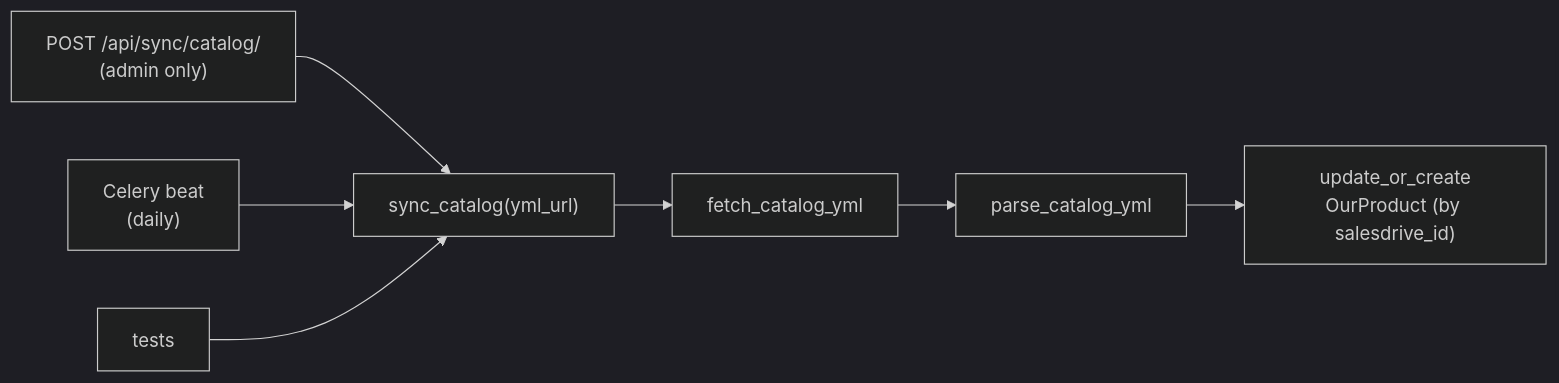
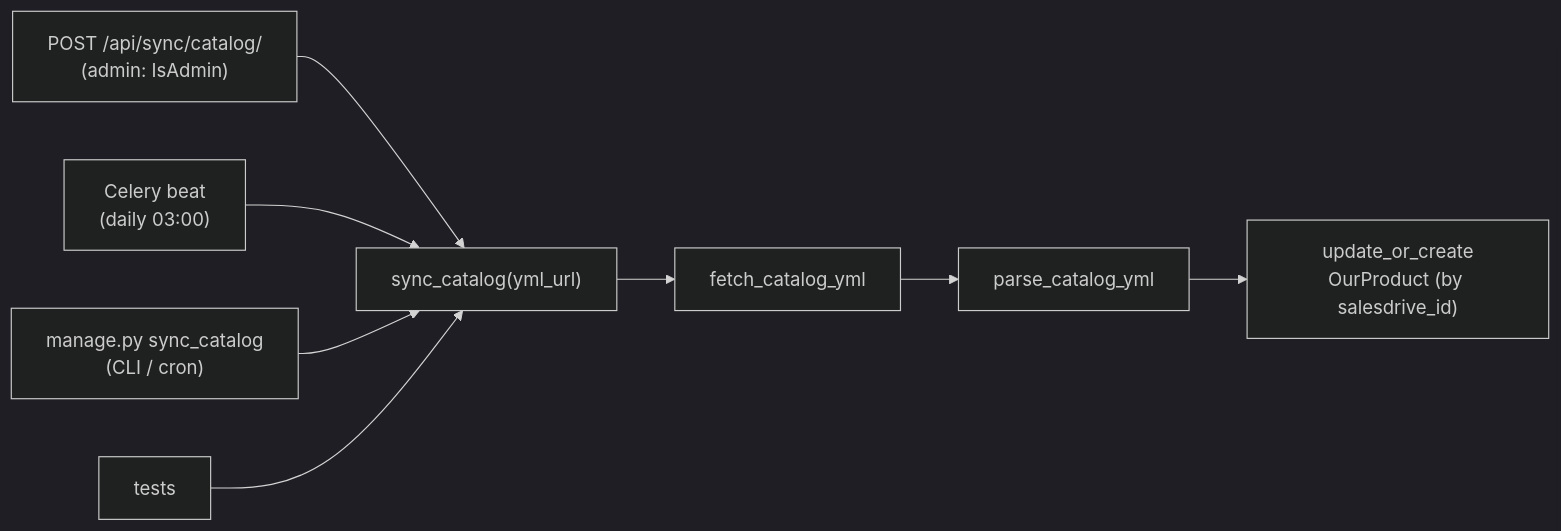
One commit to valera56856/docs changed the first of 2 diagrams in docs/INTEGRATIONS.md. Above: the diagram before and after it, drawn with Mermaid (dark theme). The commit also changed other lines of this file and 82 other files, not shown here.

First line of the commit message:
feat: implement Valeraup stories 2-13 (auth, design system, PWA flows, deploy)

````diff
--- a/docs/INTEGRATIONS.md
+++ b/docs/INTEGRATIONS.md
@@ -131,9 +132,10 @@
 ```mermaid
 flowchart LR
-    A["POST /api/sync/catalog/<br/>(admin only)"] --> S
-    B["Celery beat<br/>(daily)"] --> S
+    A["POST /api/sync/catalog/<br/>(admin: IsAdmin)"] --> S
+    B["Celery beat<br/>(daily 03:00)"] --> S
+    D["manage.py sync_catalog<br/>(CLI / cron)"] --> S
     C["tests"] --> S
     S["sync_catalog(yml_url)"] --> F["fetch_catalog_yml"]
     F --> P["parse_catalog_yml"]
     P --> U["update_or_create<br/>OurProduct (by salesdrive_id)"]
 ```
````
